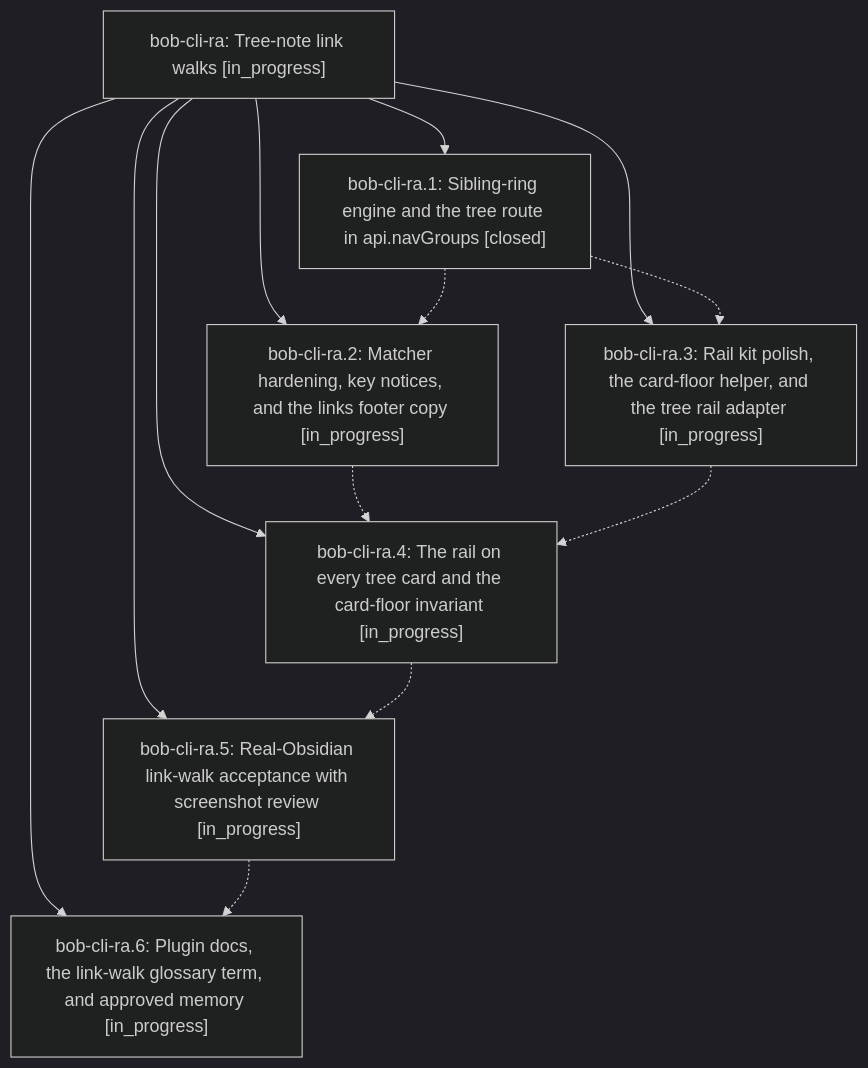
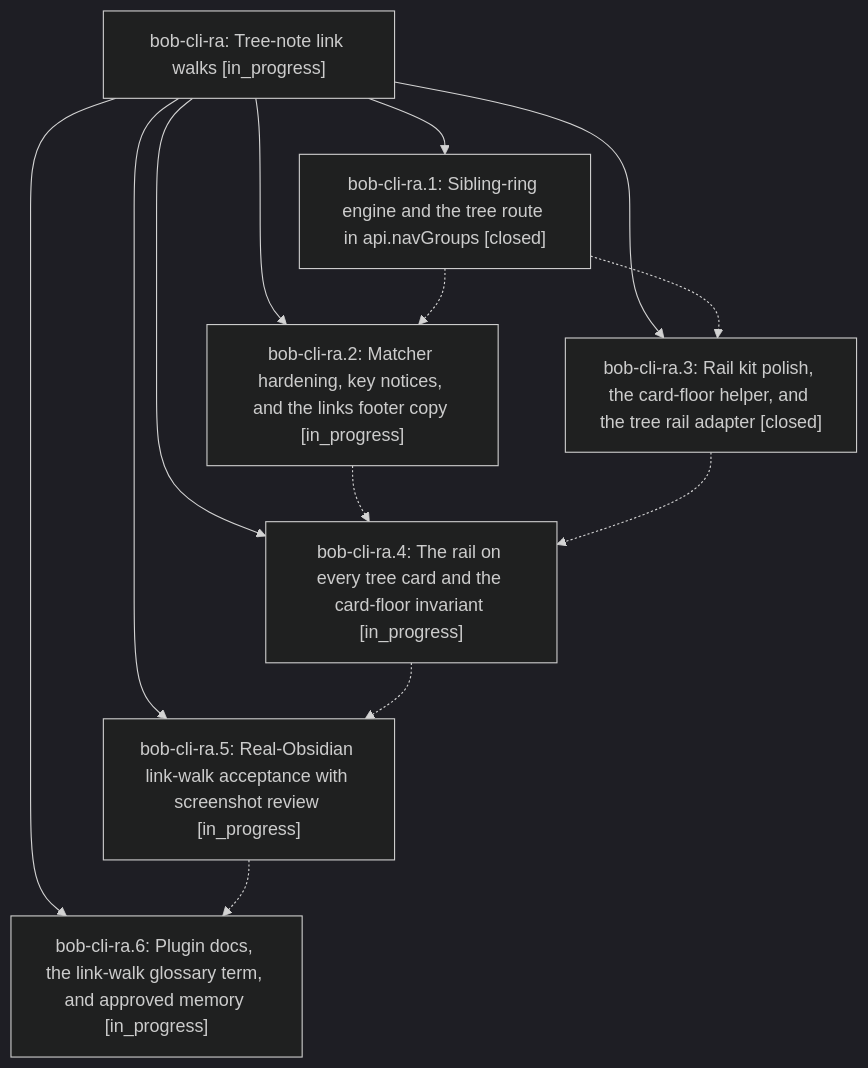
One commit to bobs-org/bob-cli--beads changed the diagram in pages/bob-cli-ra/README.md. Above: the diagram before and after it, drawn with Mermaid (dark theme). The commit also changed other lines of this file and 5 other files, not shown here.

First line of the commit message:
chore(beads): sync bead state and pages for bob-cli-ra

````diff
--- a/pages/bob-cli-ra/README.md
+++ b/pages/bob-cli-ra/README.md
@@ -41,22 +43,22 @@
 ```mermaid
 flowchart TD
     n0["bob-cli-ra: Tree-note link walks [in_progress]"]
     n1["bob-cli-ra.1: Sibling-ring engine and the tree route in api.navGroups [closed]"]
     n2["bob-cli-ra.2: Matcher hardening, key notices, and the links footer copy [in_progress]"]
-    n3["bob-cli-ra.3: Rail kit polish, the card-floor helper, and the tree rail adapter [in_progress]"]
+    n3["bob-cli-ra.3: Rail kit polish, the card-floor helper, and the tree rail adapter [closed]"]
     n4["bob-cli-ra.4: The rail on every tree card and the card-floor invariant [in_progress]"]
     n5["bob-cli-ra.5: Real-Obsidian link-walk acceptance with screenshot review [in_progress]"]
     n6["bob-cli-ra.6: Plugin docs, the link-walk glossary term, and approved memory [in_progress]"]
     n0 --> n1
     n0 --> n2
     n0 --> n3
     n0 --> n4
     n0 --> n5
     n0 --> n6
     n1 -.-> n2
     n1 -.-> n3
     n2 -.-> n4
     n3 -.-> n4
     n4 -.-> n5
     n5 -.-> n6
 ```
````
